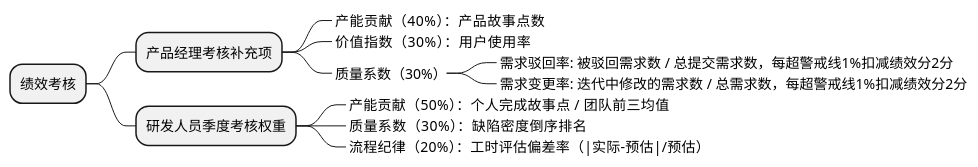
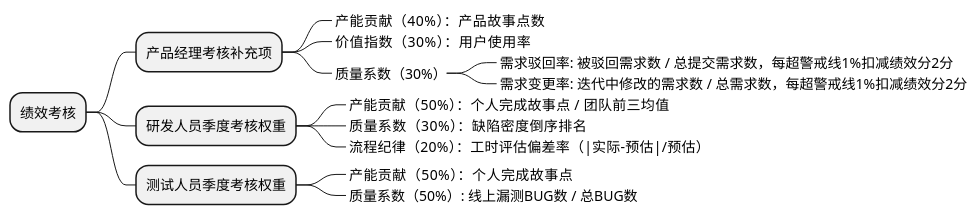
One commit to holmofy/blog.hufeifei.cn changed the second of 2 diagrams in source/_posts/business/scrum.md. Above: the diagram before and after it, drawn with PlantUML. The commit also changed other lines of this file, not shown here.

````diff
--- a/source/_posts/business/scrum.md
+++ b/source/_posts/business/scrum.md
@@ -143,15 +147,18 @@
 ```plantuml
 @startmindmap
 * 绩效考核
 ** 产品经理考核补充项
 ***_ 产能贡献（40%）：产品故事点数
 ***_ 价值指数（30%）：用户使用率
 ***_ 质量系数（30%）
 ****_ 需求驳回率: 被驳回需求数 / 总提交需求数，每超警戒线1%扣减绩效分2分
 ****_ 需求变更率: 迭代中修改的需求数 / 总需求数，每超警戒线1%扣减绩效分2分
 ** 研发人员季度考核权重
 ***_ 产能贡献（50%）：个人完成故事点 / 团队前三均值  
-***_ 质量系数（30%）：缺陷密度倒序排名  
+***_ 质量系数（30%）：缺陷密度倒序排名
 ***_ 流程纪律（20%）：工时评估偏差率（|实际-预估|/预估）
+** 测试人员季度考核权重
+***_ 产能贡献（50%）：个人完成故事点
+***_ 质量系数（50%）: 线上漏测BUG数 / 总BUG数
 @endmindmap
 ```
````
